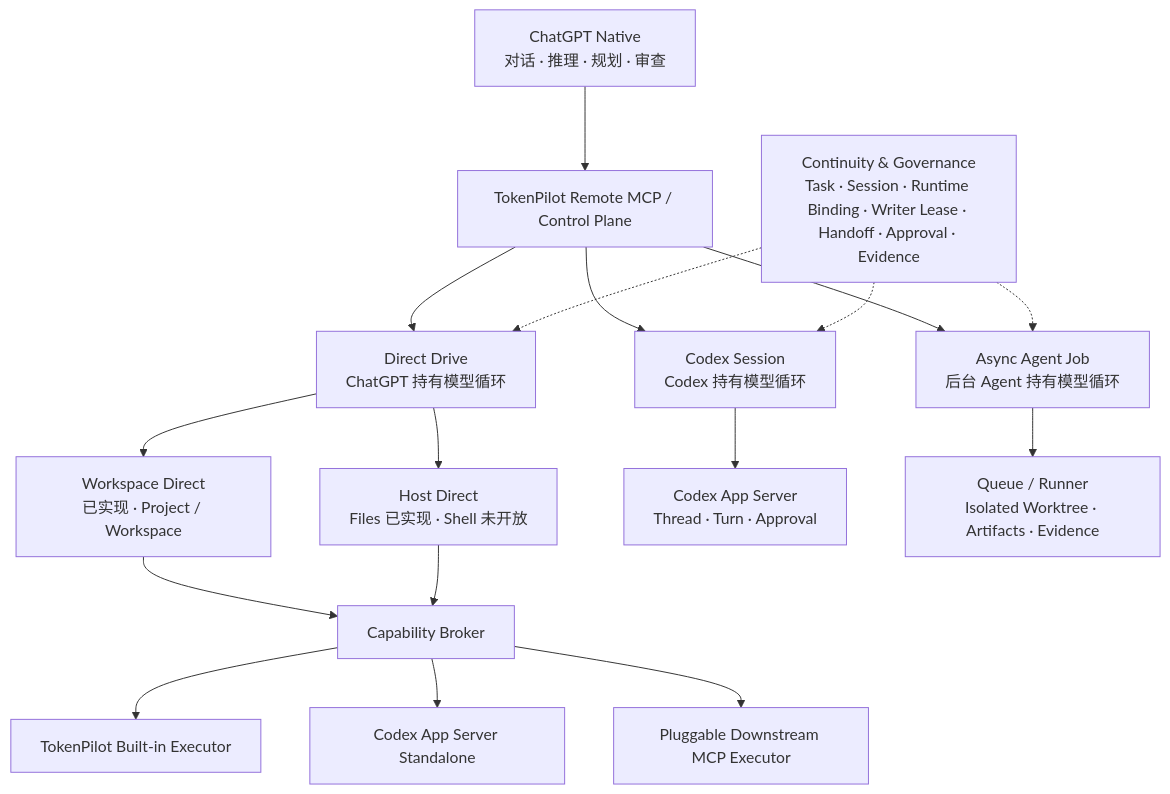
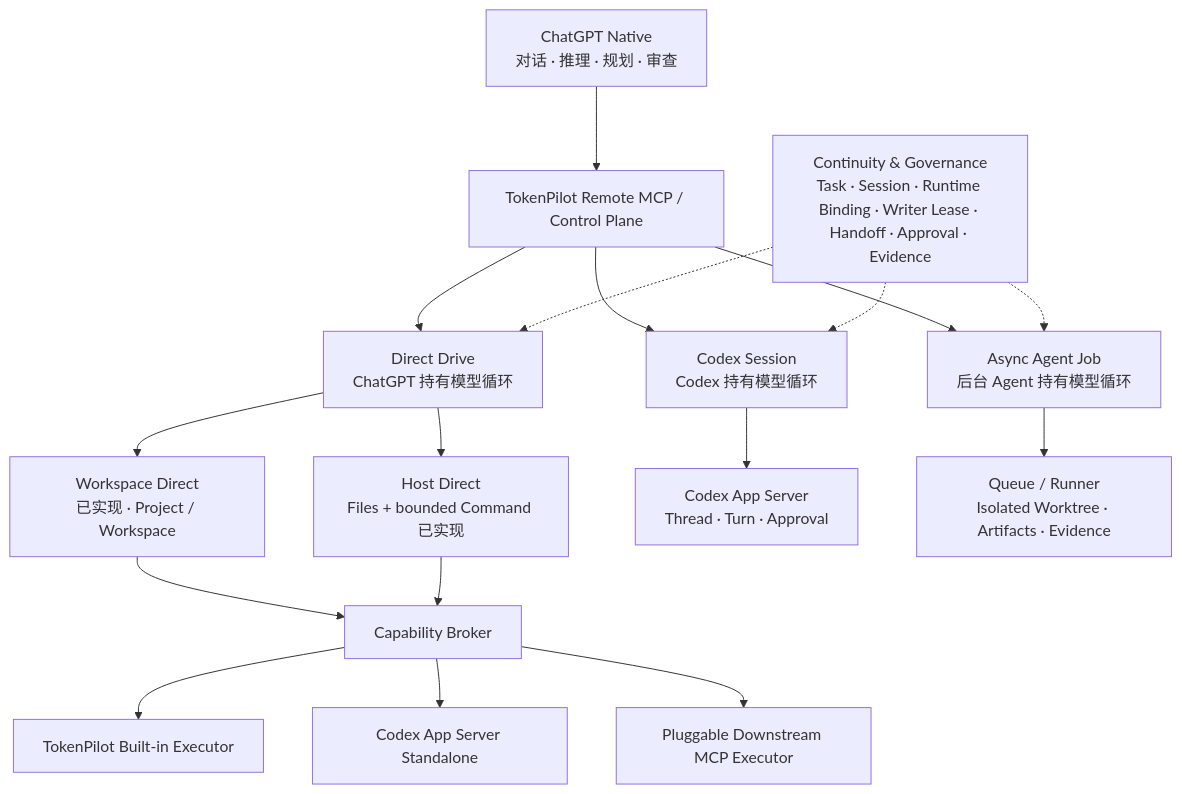
Before and after one commit to wuaishare/ChatCockpit: the diagram in README.md, drawn with Mermaid. The commit also changed other lines of this file and 10 other files, not shown here.

Commit message:
收口 Host Direct Command 第二阶段发布合同

````diff
--- a/README.md
+++ b/README.md
@@ -25,24 +25,24 @@
 ```mermaid
 flowchart TB
     Chat["ChatGPT Native<br/>对话 · 推理 · 规划 · 审查"] --> MCP["TokenPilot Remote MCP / Control Plane"]
 
     MCP --> Direct["Direct Drive<br/>ChatGPT 持有模型循环"]
     MCP --> Codex["Codex Session<br/>Codex 持有模型循环"]
     MCP --> Async["Async Agent Job<br/>后台 Agent 持有模型循环"]
 
     Direct --> Workspace["Workspace Direct<br/>已实现 · Project / Workspace"]
-    Direct --> Host["Host Direct<br/>Files 已实现 · Shell 未开放"]
+    Direct --> Host["Host Direct<br/>Files + bounded Command 已实现"]
 
     Workspace --> Broker["Capability Broker"]
     Host --> Broker
     Broker --> BuiltIn["TokenPilot Built-in Executor"]
     Broker --> Standalone["Codex App Server Standalone"]
     Broker --> Downstream["Pluggable Downstream MCP Executor"]
 
     Codex --> AppServer["Codex App Server<br/>Thread · Turn · Approval"]
     Async --> Runner["Queue / Runner<br/>Isolated Worktree · Artifacts · Evidence"]
 
     Governance["Continuity & Governance<br/>Task · Session · Runtime Binding · Writer Lease · Handoff · Approval · Evidence"] -.-> Direct
     Governance -.-> Codex
     Governance -.-> Async
 ```
````
